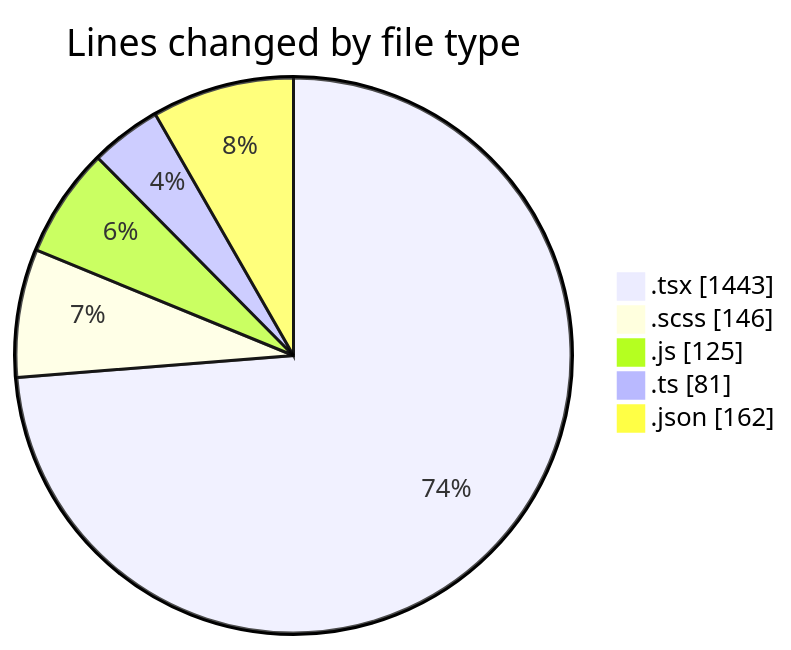
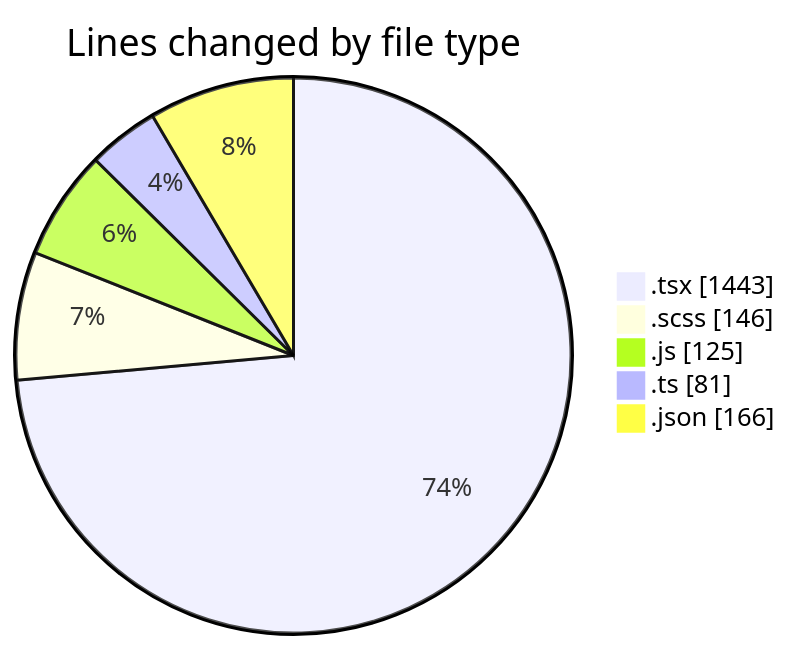
One commit to momahboobian/code-tracking changed the first of 2 diagrams in 2026-04-24/cda/README.md. Above: the diagram before and after it, drawn with Mermaid. The commit also changed other lines of this file and 1 other file, not shown here.

````diff
--- a/2026-04-24/cda/README.md
+++ b/2026-04-24/cda/README.md
@@ -33,9 +33,9 @@
 ```mermaid
 pie showData
 title Lines changed by file type
 ".tsx" : 1443
 ".scss" : 146
 ".js" : 125
 ".ts" : 81
-".json" : 162
+".json" : 166
 ```
````
